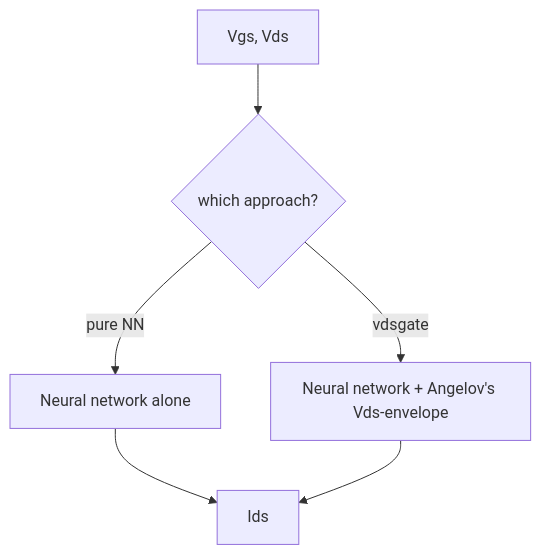
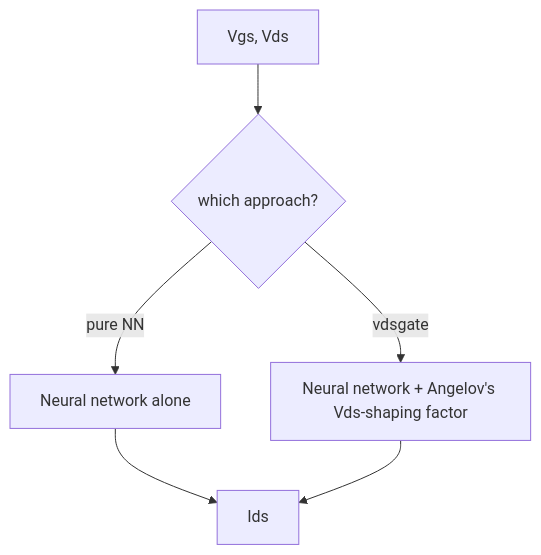
One commit to Angel-AD/transistor_modeling changed the first of 5 diagrams in docs/MODEL_ARCHITECTURES.md. Above: the diagram before and after it, drawn with Mermaid. The commit also changed other lines of this file and 2 other files, not shown here.

First line of the commit message:
Replace "envelope" with "Vds-shaping factor" in model docs

````diff
--- a/docs/MODEL_ARCHITECTURES.md
+++ b/docs/MODEL_ARCHITECTURES.md
@@ -20,8 +20,8 @@
 ```mermaid
 flowchart TD
     IN["Vgs, Vds"] --> SPLIT{"which approach?"}
     SPLIT -->|"pure NN"| PUREPATH["Neural network alone"]
-    SPLIT -->|"vdsgate"| WRAPPATH["Neural network + Angelov's Vds-envelope"]
+    SPLIT -->|"vdsgate"| WRAPPATH["Neural network + Angelov's Vds-shaping factor"]
     PUREPATH --> OUT["Ids"]
     WRAPPATH --> OUT
 ```
````
